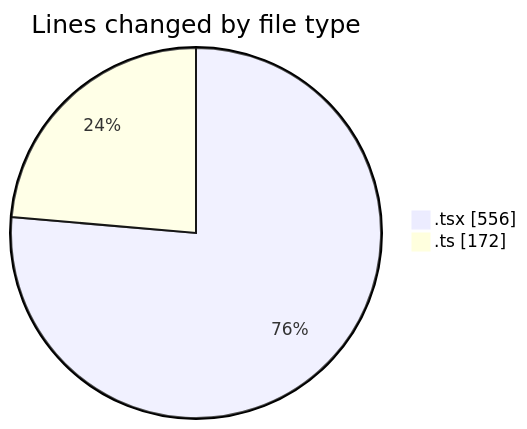
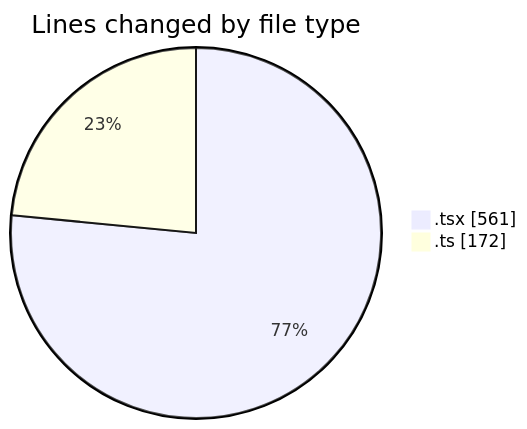
The first of 2 diagrams in 2026-02-17/nxtqube_webapp/README.md (nxtqubesakshisongat/code-tracking), drawn with Mermaid before and after one commit. The commit also changed other lines of this file and 1 other file, not shown here.

````diff
--- a/2026-02-17/nxtqube_webapp/README.md
+++ b/2026-02-17/nxtqube_webapp/README.md
@@ -23,6 +23,6 @@
 ```mermaid
 pie showData
 title Lines changed by file type
-".tsx" : 556
+".tsx" : 561
 ".ts" : 172
 ```
````
